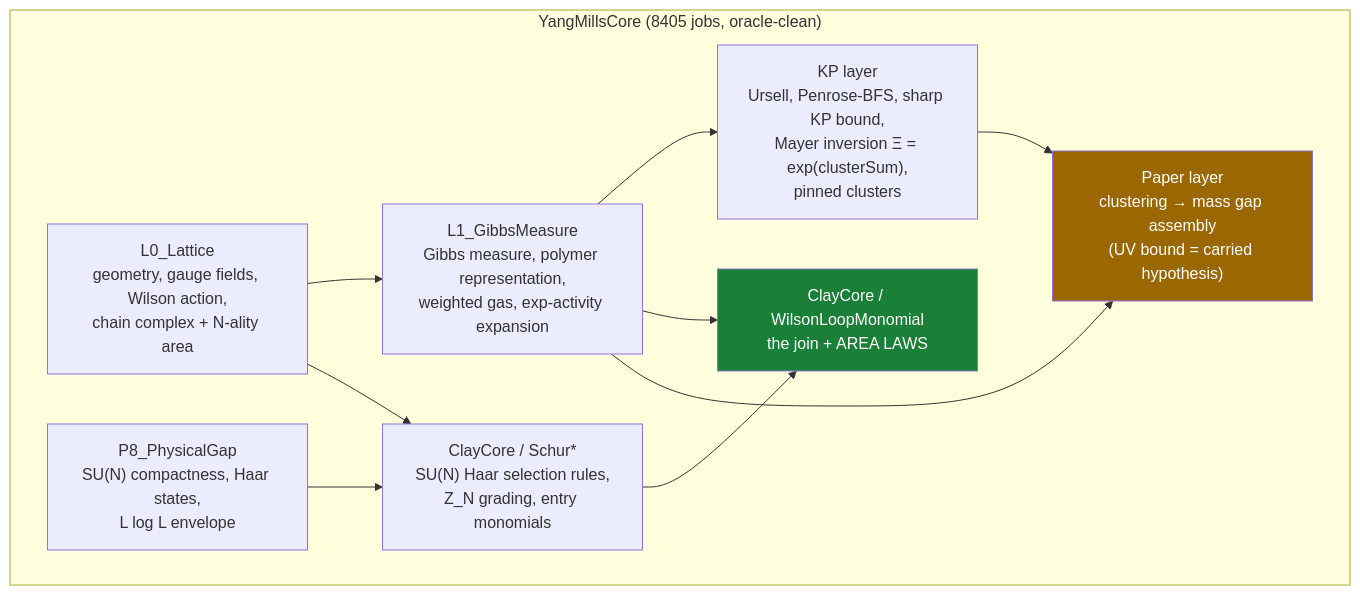
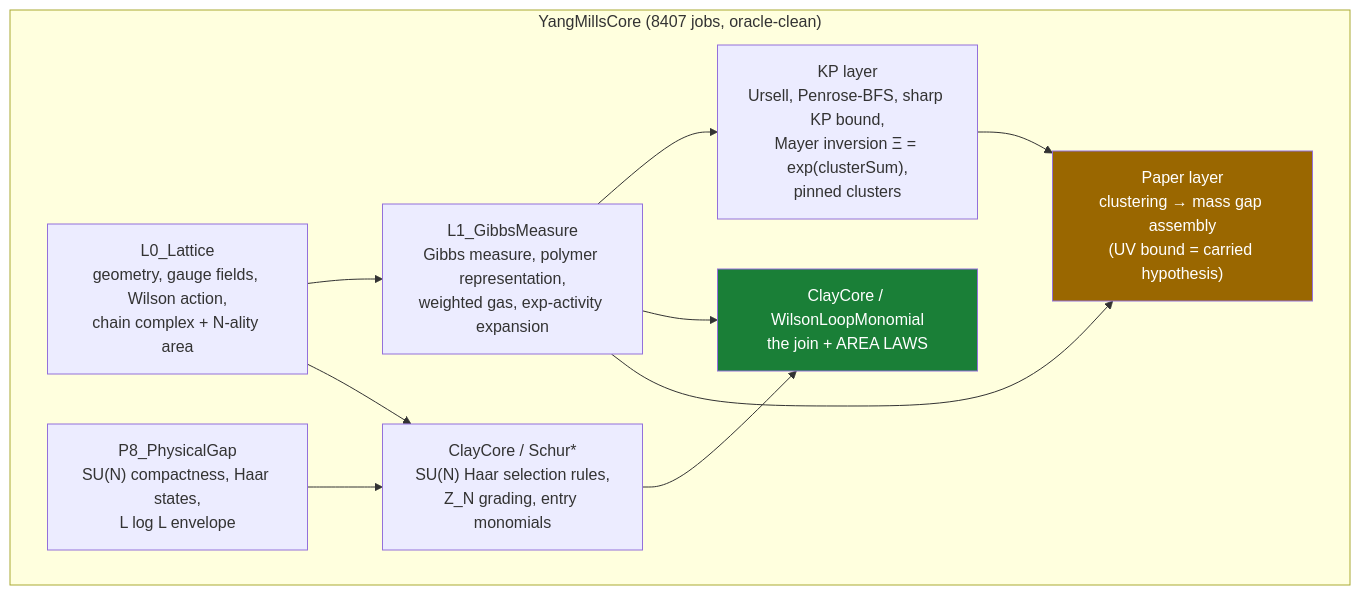
One commit to lluiseriksson/THE-ERIKSSON-PROGRAMME changed the diagram in README.md. Above: the diagram before and after it, drawn with Mermaid. The commit also changed other lines of this file and 11 other files, not shown here.

````diff
--- a/README.md
+++ b/README.md
@@ -365,20 +363,20 @@
 ```mermaid
 graph TD
-    subgraph core["YangMillsCore  (8405 jobs, oracle-clean)"]
+    subgraph core["YangMillsCore  (8407 jobs, oracle-clean)"]
         L0["L0_Lattice<br/>geometry, gauge fields, Wilson action,<br/>chain complex + N-ality area"]
         L1["L1_GibbsMeasure<br/>Gibbs measure, polymer representation,<br/>weighted gas, exp-activity expansion"]
         KP["KP layer<br/>Ursell, Penrose-BFS, sharp KP bound,<br/>Mayer inversion Ξ = exp(clusterSum),<br/>pinned clusters"]
         SCHUR["ClayCore / Schur*<br/>SU(N) Haar selection rules,<br/>Z_N grading, entry monomials"]
         WLM["ClayCore / WilsonLoopMonomial<br/>the join + AREA LAWS"]
         PAPER["Paper layer<br/>clustering → mass gap assembly<br/>(UV bound = carried hypothesis)"]
         P8["P8_PhysicalGap<br/>SU(N) compactness, Haar states,<br/>L log L envelope"]
     end
     L0 --> L1 --> KP
     L0 --> SCHUR --> WLM
     L1 --> WLM
     L1 --> PAPER
     KP --> PAPER
     P8 --> SCHUR
     style WLM fill:#1a7f37,color:#fff
     style PAPER fill:#9a6700,color:#fff
 ```
````
